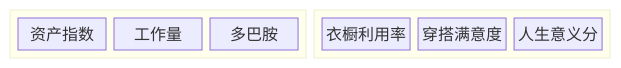
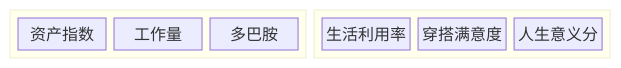
One commit to WXKFelix/Gauge changed the fourth of 4 diagrams in docs/量化人生APP-UI可视化图鉴.md. Above: the diagram before and after it, drawn with Mermaid. The commit also changed 10 other files, not shown here.

````diff
--- a/docs/量化人生APP-UI可视化图鉴.md
+++ b/docs/量化人生APP-UI可视化图鉴.md
@@ -133,14 +133,14 @@
 ```mermaid
 block-beta
   columns 3
   block:row1
     assets["资产指数"]
     workload["工作量"]
     dopamine["多巴胺"]
   end
   block:row2
-    wardrobe["衣橱利用率"]
+    wardrobe["生活利用率"]
     outfit["穿搭满意度"]
     meaning["人生意义分"]
   end
 ```
````
